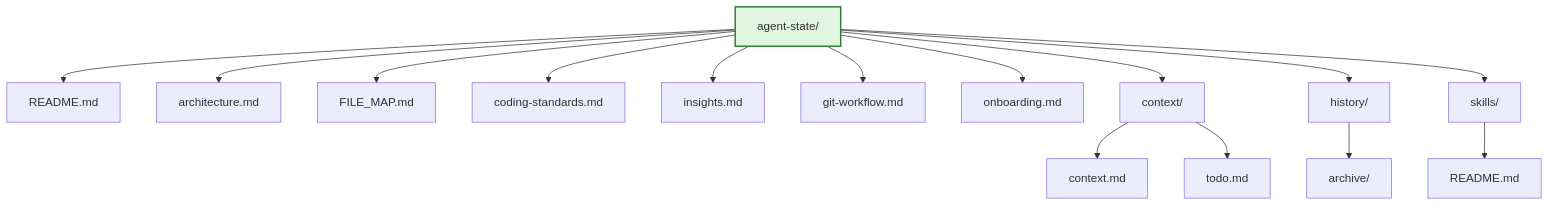
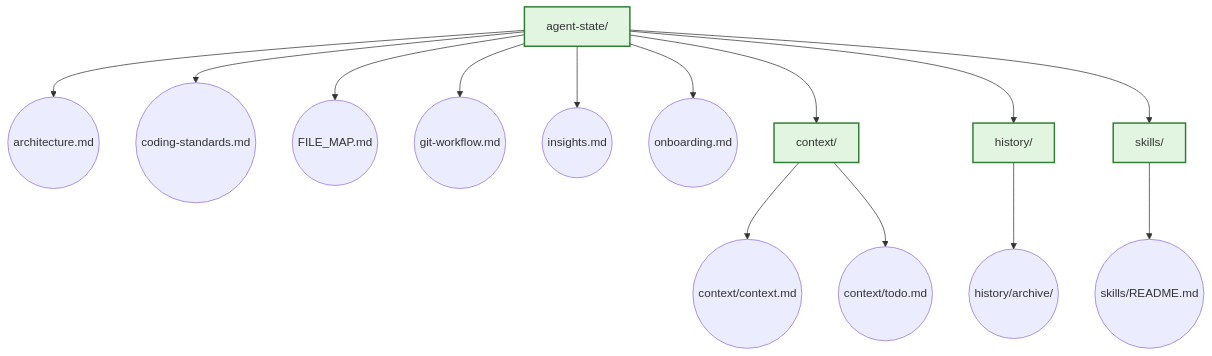
One commit to AliNikkhah2001/ICS_ChatBot_agent-state changed the first of 2 diagrams in README.md. Above: the diagram before and after it, drawn with Mermaid. The commit also changed other lines of this file, not shown here.

Commit message:
docs: add detailed + high-level file tree diagram variants with captions

````diff
--- a/README.md
+++ b/README.md
@@ -19,21 +23,20 @@
 ```mermaid
 graph TD
-    ROOT[agent-state/]
-    ROOT --> README[README.md]
-    ROOT --> ARCH[architecture.md]
-    ROOT --> FILES[FILE_MAP.md]
-    ROOT --> STAND[coding-standards.md]
-    ROOT --> INSIGHT[insights.md]
-    ROOT --> GIT[git-workflow.md]
-    ROOT --> ONBOARD[onboarding.md]
-    ROOT --> CTX[context/]
-    CTX --> CTXM[context.md]
-    CTX --> TODO[todo.md]
-    ROOT --> HIST[history/]
-    HIST --> ARCHV[archive/]
-    ROOT --> SKILLS[skills/]
-    SKILLS --> SR[README.md]
+    ROOT["agent-state/"]
+    ROOT --> ARCH(("architecture.md"))
+    ROOT --> STD(("coding-standards.md"))
+    ROOT --> FILEMAP(("FILE_MAP.md"))
+    ROOT --> GIT(("git-workflow.md"))
+    ROOT --> INSIGHT(("insights.md"))
+    ROOT --> ONBOARD(("onboarding.md"))
+    ROOT --> CTX["context/"]
+    CTX --> CTXM(("context/context.md"))
+    CTX --> TODO(("context/todo.md"))
+    ROOT --> HIST["history/"]
+    HIST --> ARCHV(("history/archive/"))
+    ROOT --> SKILLS["skills/"]
+    SKILLS --> SR(("skills/README.md"))
 
-classDef root fill:#e1f5e1,stroke:#2e7d32,stroke-width:2px
-class ROOT root
+classDef dir fill:#e1f5e1,stroke:#2e7d32,stroke-width:2px
+class ROOT,CTX,HIST,SKILLS dir
 ```
````
